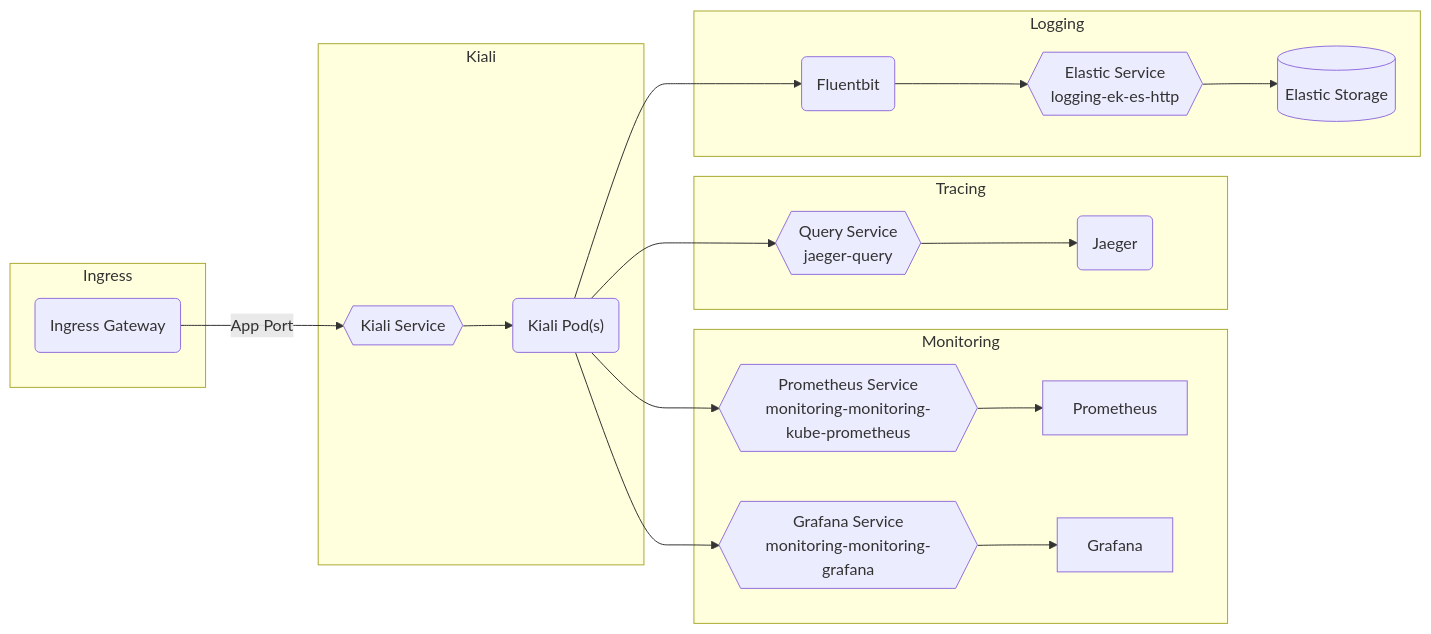
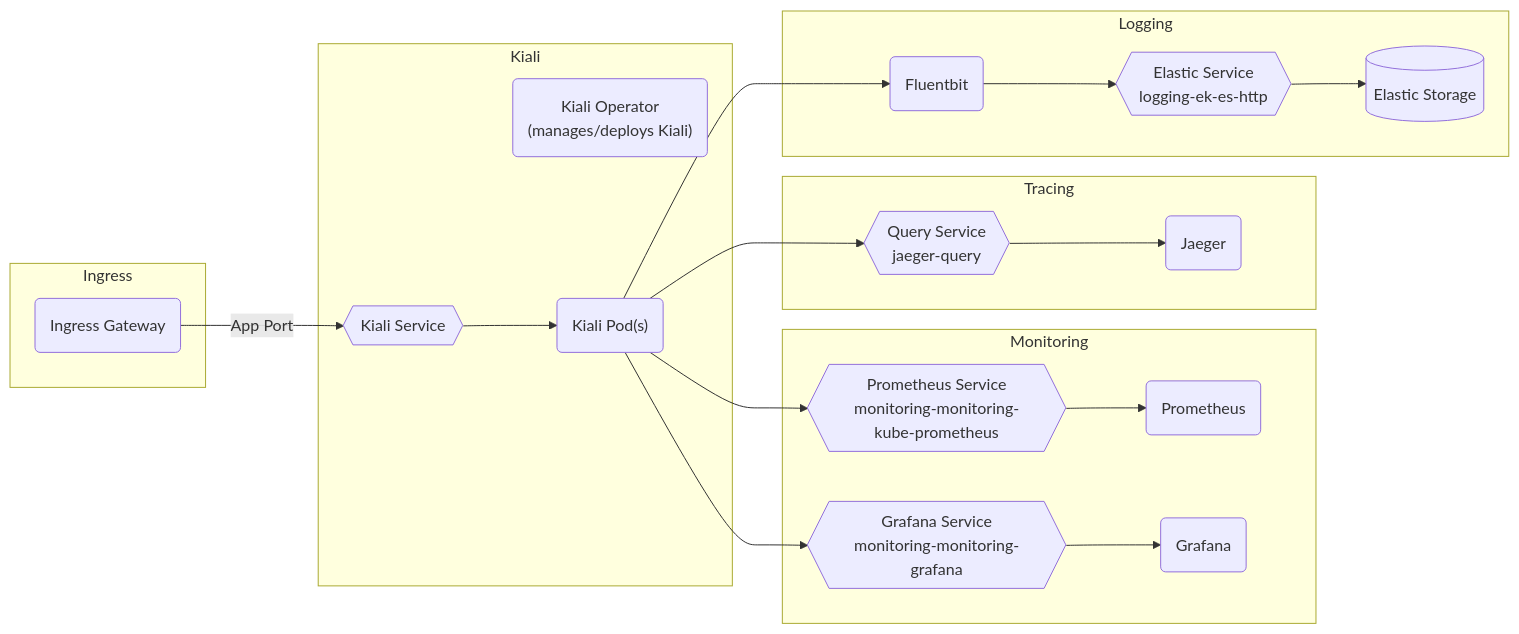
The diagram in charter/packages/kiali/Architecture.md (rjferguson21/big-bang), drawn with Mermaid before and after one commit. The commit also changed other lines of this file, not shown here.

````diff
--- a/charter/packages/kiali/Architecture.md
+++ b/charter/packages/kiali/Architecture.md
@@ -11,25 +11,27 @@
 ```mermaid
 graph LR
-  subgraph "Kiali"
+  subgraph "Kiali"    
+    Operator("Kiali Operator<br />(manages/deploys Kiali)")
     Kialipods("Kiali Pod(s)")
     kialiservice{{Kiali Service}} --> Kialipods("Kiali Pod(s)")
+    
   end      
 
   subgraph "Ingress"
     ig(Ingress Gateway) --"App Port"--> kialiservice
   end
 
   subgraph "Monitoring"
-    Kialipods("Kiali Pod(s)") --> prometheusservice{{Prometheus Service<br />monitoring-monitoring-kube-prometheus}} --> Prometheus
-    Kialipods("Kiali Pod(s)") --> grafanaservice{{Grafana Service<br />monitoring-monitoring-grafana}} --> Grafana  
+    Kialipods("Kiali Pod(s)") --> prometheusservice{{Prometheus Service<br />monitoring-monitoring-kube-prometheus}} --> Prometheus("Prometheus")
+    Kialipods("Kiali Pod(s)") --> grafanaservice{{Grafana Service<br />monitoring-monitoring-grafana}} --> Grafana("Grafana")
   end
 
   subgraph "Tracing"
     Kialipods("Kiali Pod(s)") --> queryservice{{Query Service<br />jaeger-query}} --> jaeger(Jaeger)
   end
 
   subgraph "Logging"
     Kialipods("Kiali Pod(s)") --> fluent(Fluentbit) --> logging-ek-es-http
     logging-ek-es-http{{Elastic Service<br />logging-ek-es-http}} --> elastic[(Elastic Storage)]
   end
 ```
````
